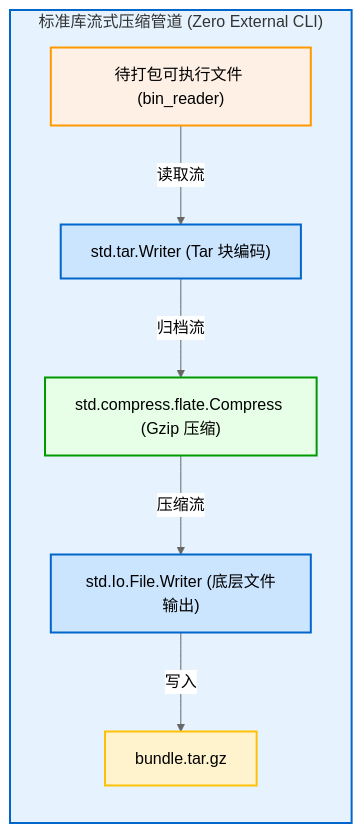
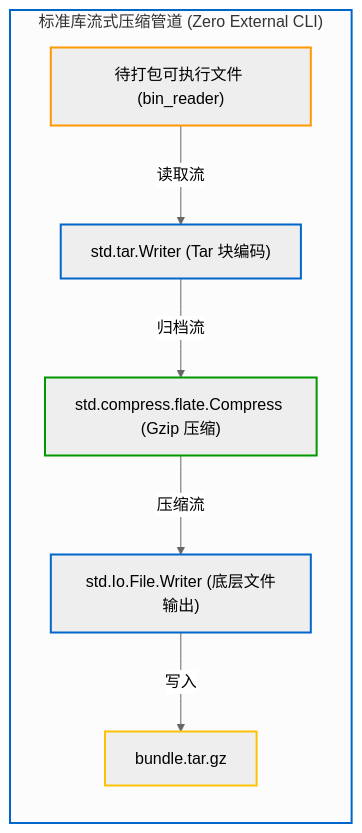
The first of 2 diagrams in zig-build/src/api/custom-steps.md (jiacai2050/x), drawn with Mermaid (neutral theme) before and after one commit. The commit also changed other lines of this file and 65 other files, not shown here.

````diff
--- a/zig-build/src/api/custom-steps.md
+++ b/zig-build/src/api/custom-steps.md
@@ -38,23 +38,23 @@
 ```mermaid
 graph LR
     subgraph S_Pipeline ["标准库流式压缩管道 (Zero External CLI)"]
         F_Bin["待打包可执行文件 (bin_reader)"]
         W_Tar["std.tar.Writer (Tar 块编码)"]
         W_Gz["std.compress.flate.Compress (Gzip 压缩)"]
         W_File["std.Io.File.Writer (底层文件输出)"]
         F_Out["bundle.tar.gz"]
 
         F_Bin -- "读取流" --> W_Tar
         W_Tar -- "归档流" --> W_Gz
         W_Gz -- "压缩流" --> W_File
         W_File -- "写入" --> F_Out
     end
 
-    classDef default fill:#f8f9fa,stroke:#495057;
-    style S_Pipeline fill:#e6f3ff,stroke:#0066cc,stroke-width:2px;
-    style F_Bin fill:#fff0e6,stroke:#ff9900,stroke-width:2px;
-    style W_Tar fill:#cce5ff,stroke:#0066cc,stroke-width:2px;
-    style W_Gz fill:#e6ffe6,stroke:#009900,stroke-width:2px;
-    style W_File fill:#cce5ff,stroke:#0066cc,stroke-width:2px;
-    style F_Out fill:#fff3cd,stroke:#ffc107,stroke-width:2px;
+    classDef default stroke:#495057;
+    style S_Pipeline stroke:#0066cc,stroke-width:2px;
+    style F_Bin stroke:#ff9900,stroke-width:2px;
+    style W_Tar stroke:#0066cc,stroke-width:2px;
+    style W_Gz stroke:#009900,stroke-width:2px;
+    style W_File stroke:#0066cc,stroke-width:2px;
+    style F_Out stroke:#ffc107,stroke-width:2px;
 ```
````
